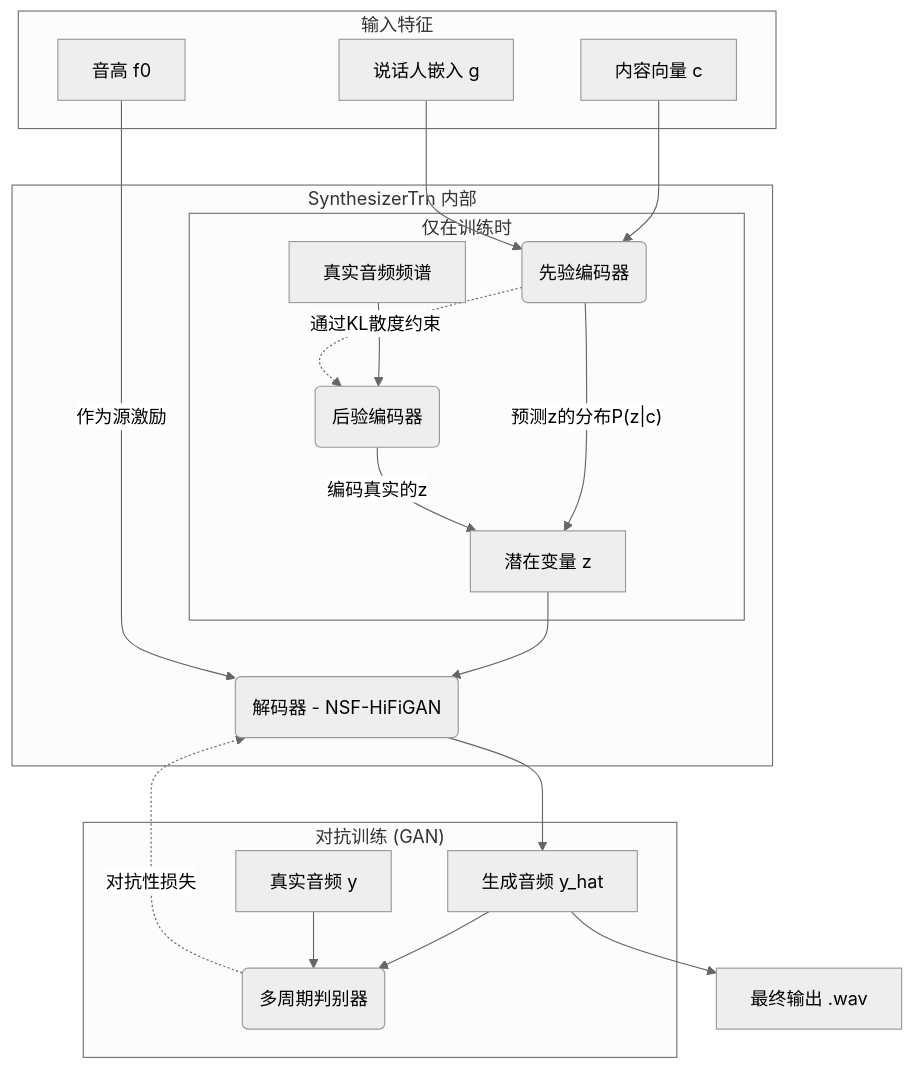
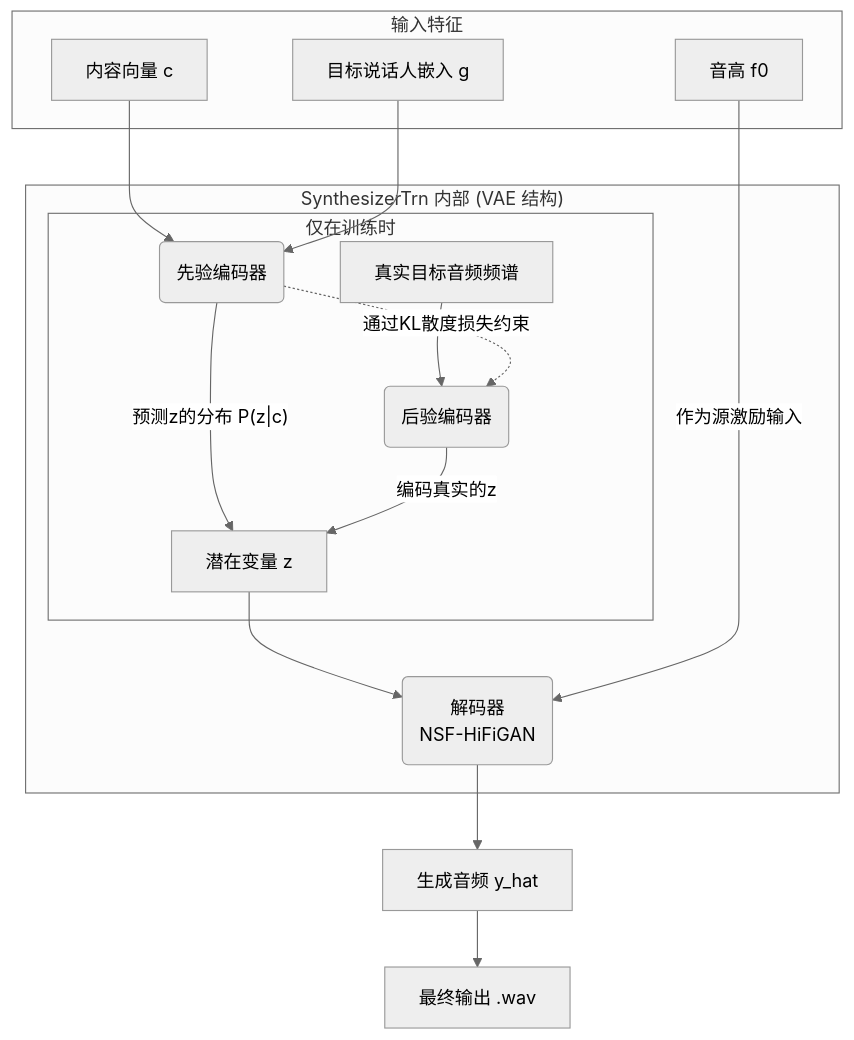
One commit to liqilun1008/sovitsvrc changed the third of 5 diagrams in So-VITS-SVC 4.1 流程图与模型详解.md. Above: the diagram before and after it, drawn with Mermaid (neutral theme). The commit also changed other lines of this file, not shown here.

Commit message:
Update So-VITS-SVC 4.1 流程图与模型详解.md

````diff
--- a/So-VITS-SVC 4.1 流程图与模型详解.md
+++ b/So-VITS-SVC 4.1 流程图与模型详解.md
@@ -55,40 +74,30 @@
 ```mermaid
 graph TD
     subgraph "输入特征"
         A[内容向量 c];
         B[音高 f0];
-        C[说话人嵌入 g];
+        C[目标说话人嵌入 g];
     end
     
-    subgraph "SynthesizerTrn 内部"
+    subgraph "SynthesizerTrn 内部 (VAE 结构)"
         D(先验编码器);
         E(后验编码器);
-        F("解码器 - NSF-HiFiGAN");
+        F("解码器<br>NSF-HiFiGAN");
         G[潜在变量 z];
 
         A & C --> D;
-        D -- "预测z的分布P(z|c)" --> G;
+        D -- "预测z的分布 P(z|c)" --> G;
         
         subgraph "仅在训练时"
-            H[真实音频频谱] --> E;
+            H[真实目标音频频谱] --> E;
             E -- "编码真实的z" --> G;
-            D -.->|通过KL散度约束| E;
+            D -.->|通过KL散度损失约束| E;
         end
 
         G --> F;
-        B -- "作为源激励" --> F;
+        B -- "作为源激励输入" --> F;
     end
     
-    subgraph "对抗训练 (GAN)"
-        I[生成音频 y_hat];
-        J[真实音频 y];
-        K("多周期判别器");
-        
-        F --> I;
-        I --> K;
-        J --> K;
-        K -.->|对抗性损失| F;
-    end
-    
+    F --> I[生成音频 y_hat];
     I --> L[最终输出 .wav];
 ```
````
